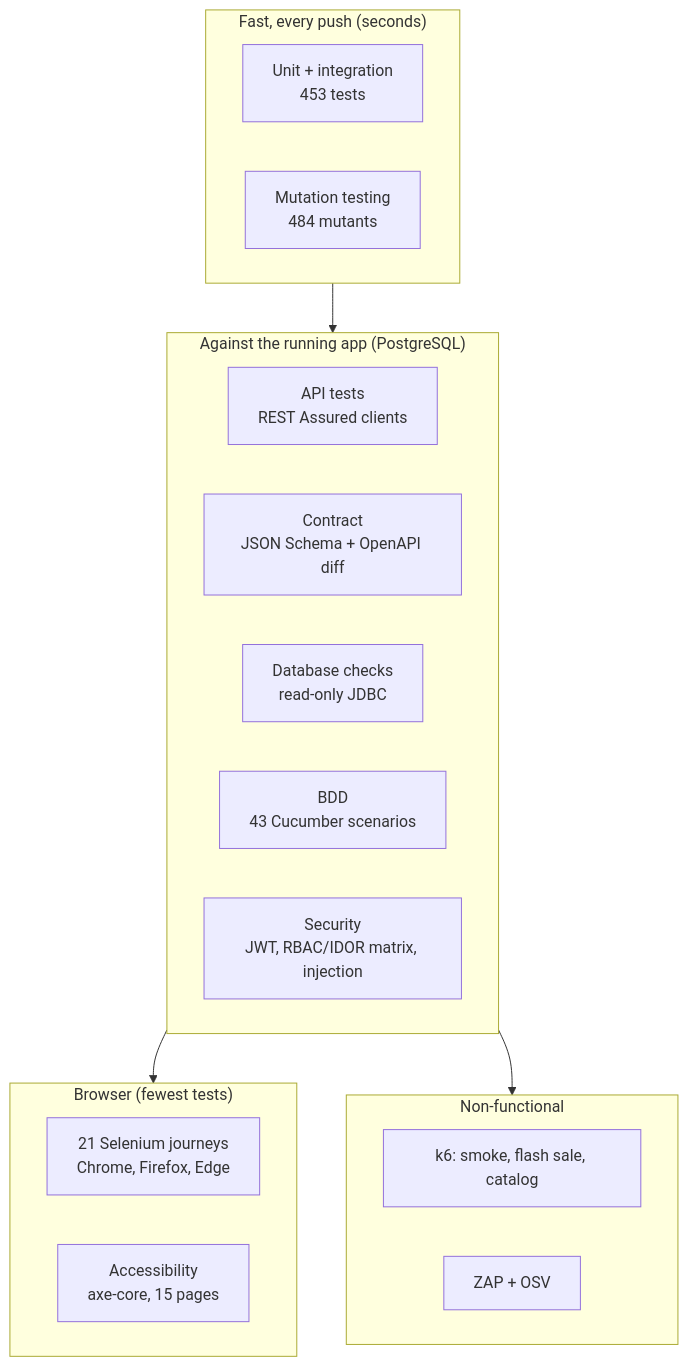
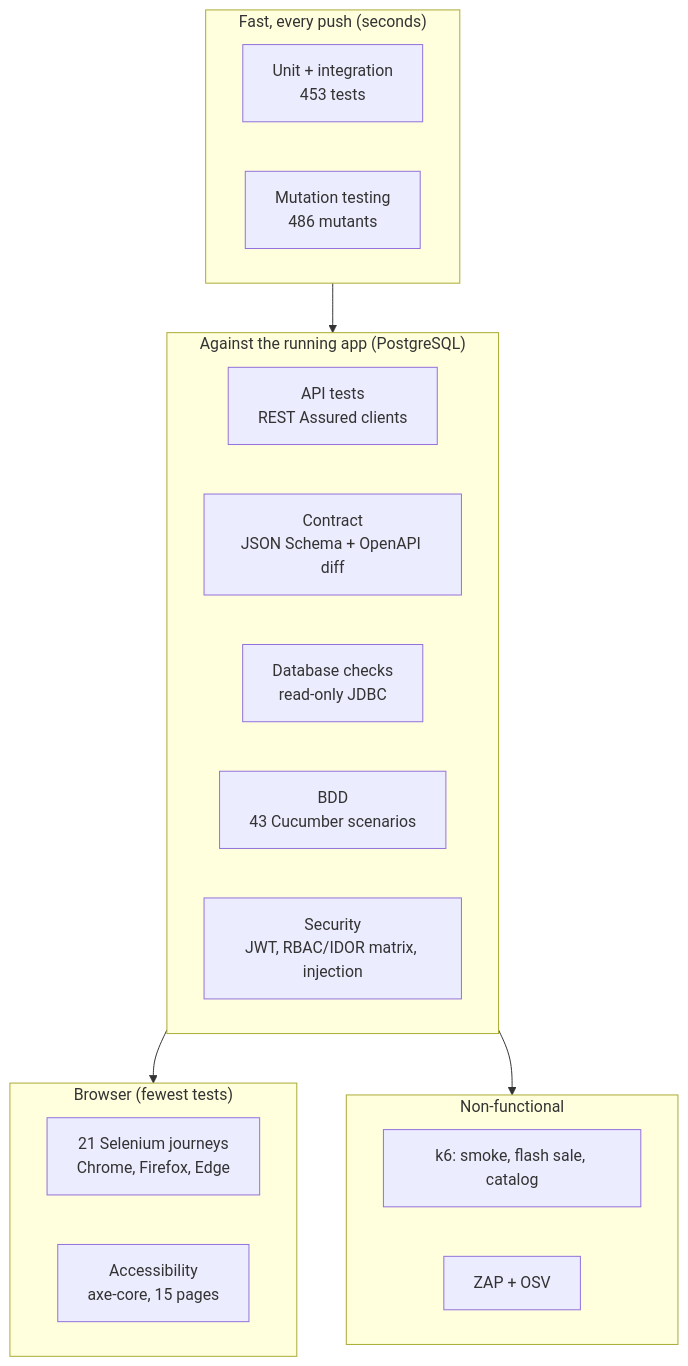
The first of 2 diagrams in README.md (rbchy/RbcTcsWorld), drawn with Mermaid before and after one commit. The commit also changed other lines of this file and 1 other file, not shown here.

First line of the commit message:
README and test summary: mutation 92.2 %, branches 93.9 %, 26 defects

````diff
--- a/README.md
+++ b/README.md
@@ -77,24 +77,24 @@
 ```mermaid
 flowchart TB
   subgraph fast["Fast, every push (seconds)"]
     U["Unit + integration<br/>453 tests"]
-    M["Mutation testing<br/>484 mutants"]
+    M["Mutation testing<br/>486 mutants"]
   end
   subgraph service["Against the running app (PostgreSQL)"]
     A["API tests<br/>REST Assured clients"]
     C["Contract<br/>JSON Schema + OpenAPI diff"]
     D["Database checks<br/>read-only JDBC"]
     B["BDD<br/>43 Cucumber scenarios"]
     S["Security<br/>JWT, RBAC/IDOR matrix, injection"]
   end
   subgraph ui["Browser (fewest tests)"]
     W["21 Selenium journeys<br/>Chrome, Firefox, Edge"]
     X["Accessibility<br/>axe-core, 15 pages"]
   end
   subgraph nonfunc["Non-functional"]
     K["k6: smoke, flash sale, catalog"]
     Z["ZAP + OSV"]
   end
   fast --> service --> ui
   service --> nonfunc
 ```
````
